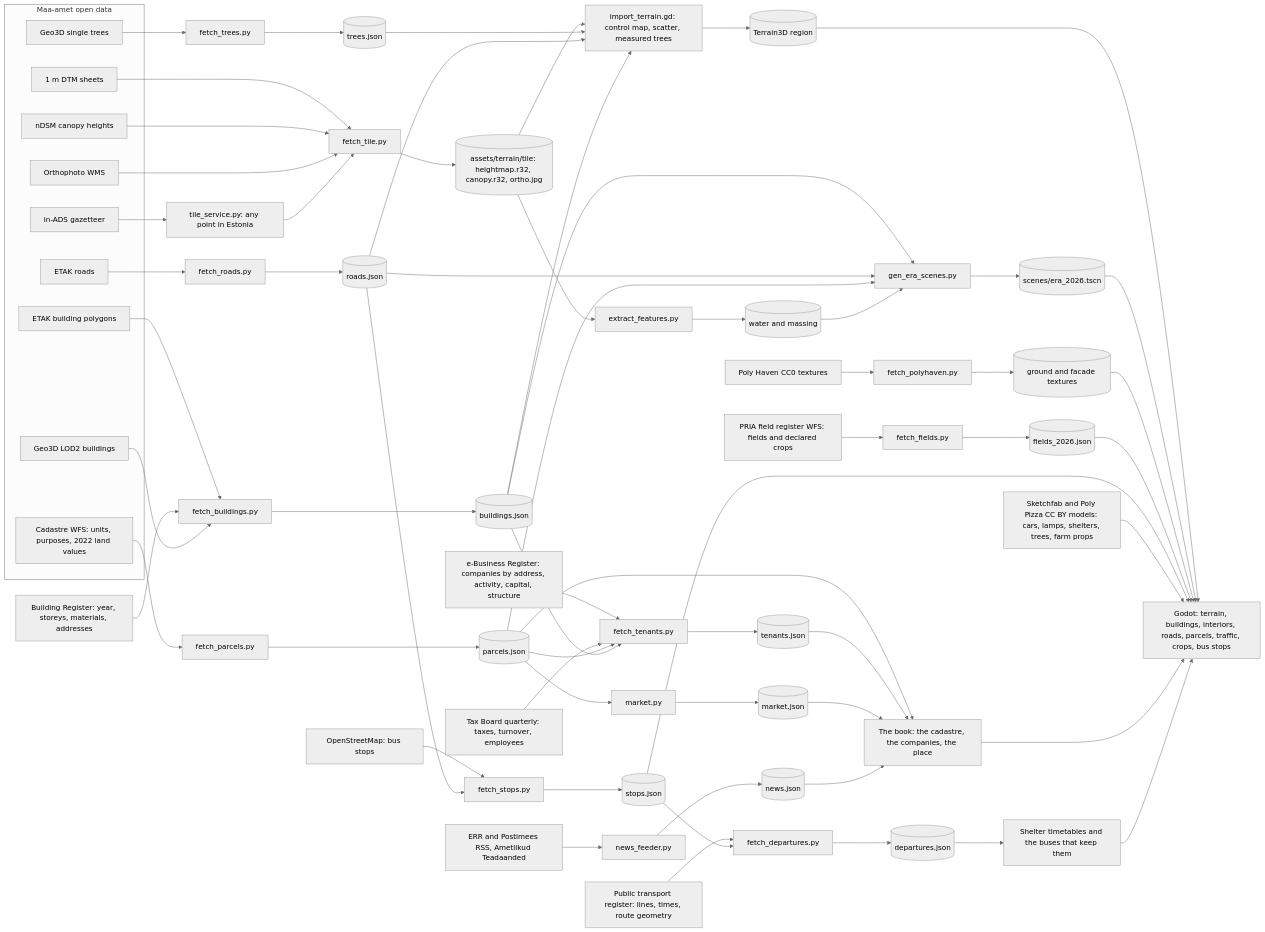
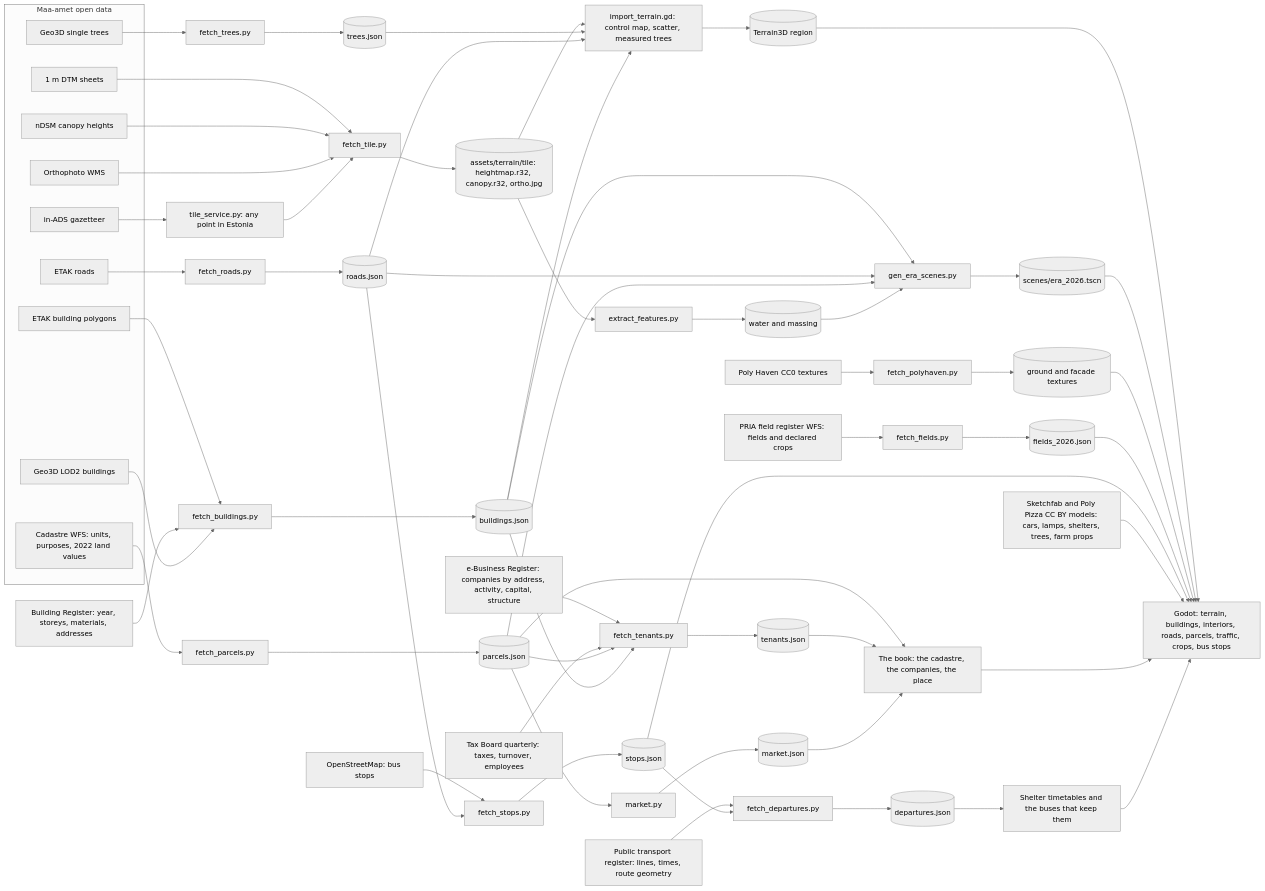
The diagram in README.md (livenson/vakuraamat), drawn with Mermaid (neutral theme) before and after one commit. The commit also changed other lines of this file and 32 other files, not shown here.

````diff
--- a/README.md
+++ b/README.md
@@ -105,45 +102,43 @@
 ```mermaid
 flowchart LR
   subgraph maaamet [Maa-amet open data]
     DTM[1 m DTM sheets]
     NDSM[nDSM canopy heights]
     ORTHO[Orthophoto WMS]
     TREES[Geo3D single trees]
     LOD2[Geo3D LOD2 buildings]
     KAT[Cadastre WFS: units, purposes, 2022 land values]
     ETAKB[ETAK building polygons]
     ETAKR[ETAK roads]
     ADS[in-ADS gazetteer]
   end
   EHR[Building Register: year, storeys, materials, addresses]
   ARI[e-Business Register: companies by address, activity, capital, structure]
   EMTA[Tax Board quarterly: taxes, turnover, employees]
   PRIA[PRIA field register WFS: fields and declared crops]
   OSM[OpenStreetMap: bus stops]
   GTFS[Public transport register: lines, times, route geometry]
-  RSS[ERR and Postimees RSS, Ametlikud Teadaanded]
   PH[Poly Haven CC0 textures]
   SKF[Sketchfab and Poly Pizza CC BY models: cars, lamps, shelters, trees, farm props]
 
   DTM & NDSM & ORTHO --> FT[fetch_tile.py] --> TILE[(assets/terrain/tile: heightmap.r32, canopy.r32, ortho.jpg)]
   TREES --> FTR[fetch_trees.py] --> TJ[(trees.json)]
   ETAKB & EHR & LOD2 --> FB[fetch_buildings.py] --> BJ[(buildings.json)]
   ETAKR --> FR[fetch_roads.py] --> RJ[(roads.json)]
   KAT --> FP[fetch_parcels.py] --> PJ[(parcels.json)] --> MK[market.py] --> MJ[(market.json)]
   ARI & EMTA --> FTE[fetch_tenants.py] --> TEJ[(tenants.json)]
   PRIA --> FF[fetch_fields.py] --> FJ[(fields_2026.json)]
   OSM & RJ --> FS[fetch_stops.py] --> SJ[(stops.json)]
   GTFS & SJ --> FD[fetch_departures.py] --> DJ[(departures.json)]
   PJ & BJ --> FTE
   TILE --> EF[extract_features.py] --> WJ[(water and massing)]
   PH --> PHF[fetch_polyhaven.py] --> TEX[(ground and facade textures)]
   ADS --> TS[tile_service.py: any point in Estonia] --> FT
 
   TILE & TJ & RJ & BJ --> IMP[import_terrain.gd: control map, scatter, measured trees] --> REG[(Terrain3D region)]
   BJ & RJ & PJ & WJ --> GEN[gen_era_scenes.py] --> SCN[(scenes/era_2026.tscn)]
-  RSS --> NF[news_feeder.py] --> NJ[(news.json)]
 
   REG & SCN & TEX & FJ & SJ & SKF --> GAME[Godot: terrain, buildings, interiors, roads, parcels, traffic, crops, bus stops]
-  PJ & TEJ & MJ & NJ --> BOOK[The book: the cadastre, the companies, the place] --> GAME
+  PJ & TEJ & MJ --> BOOK[The book: the cadastre, the companies, the place] --> GAME
   DJ --> BUS[Shelter timetables and the buses that keep them] --> GAME
 ```
````
